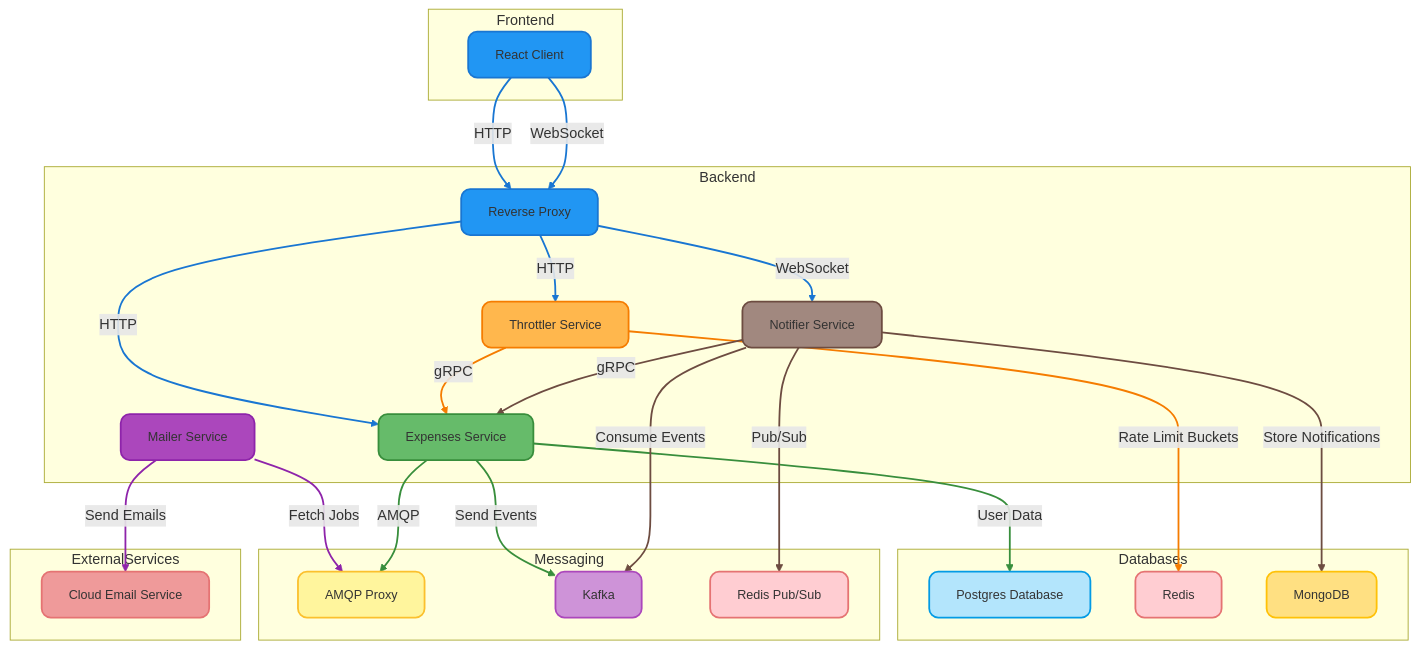
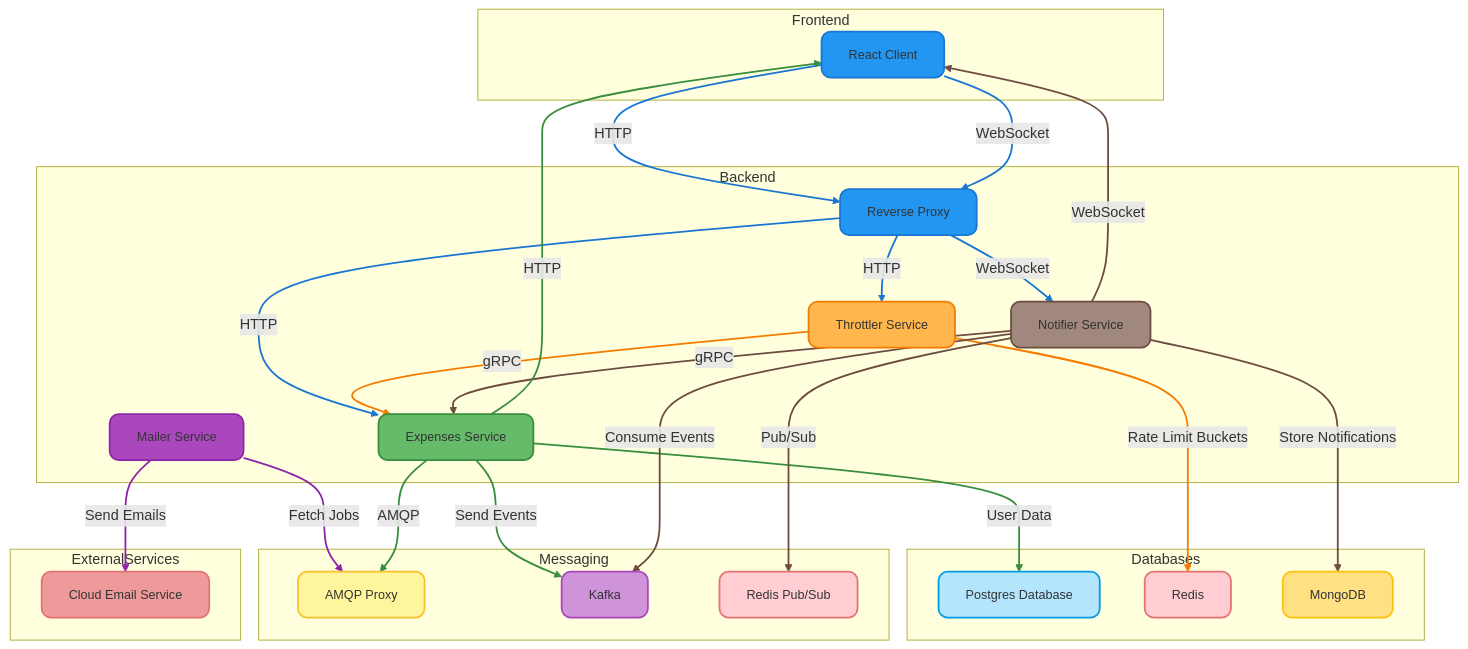
The diagram in README.md (hasAnybodySeenHarry/expenses), drawn with Mermaid before and after one commit.

Commit message:
Updated labels

````diff
--- a/README.md
+++ b/README.md
@@ -64,7 +64,9 @@
     ReactApp -- WebSocket --> ReverseProxy
     ReverseProxy -- WebSocket --> Notifier
     Notifier -- gRPC --> Expenses
+    Notifier -- WebSocket --> ReactApp
     ReverseProxy -- HTTP --> Throttler
+    Expenses -- HTTP --> ReactApp
 
     %% Style links
     linkStyle 0 stroke:#1976D2,stroke-width:2px
@@ -82,5 +84,7 @@
     linkStyle 12 stroke:#1976D2,stroke-width:2px
     linkStyle 13 stroke:#1976D2,stroke-width:2px
     linkStyle 14 stroke:#6D4C41,stroke-width:2px
-    linkStyle 15 stroke:#1976D2,stroke-width:2px
+    linkStyle 15 stroke:#6D4C41,stroke-width:2px
+    linkStyle 16 stroke:#1976D2,stroke-width:2px
+    linkStyle 17 stroke:#388E3C,stroke-width:2px
 ```
````
